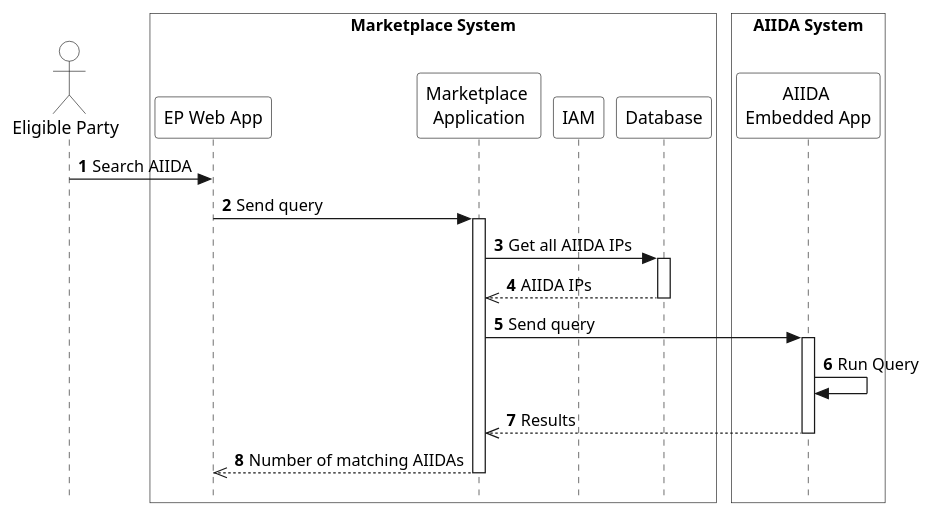
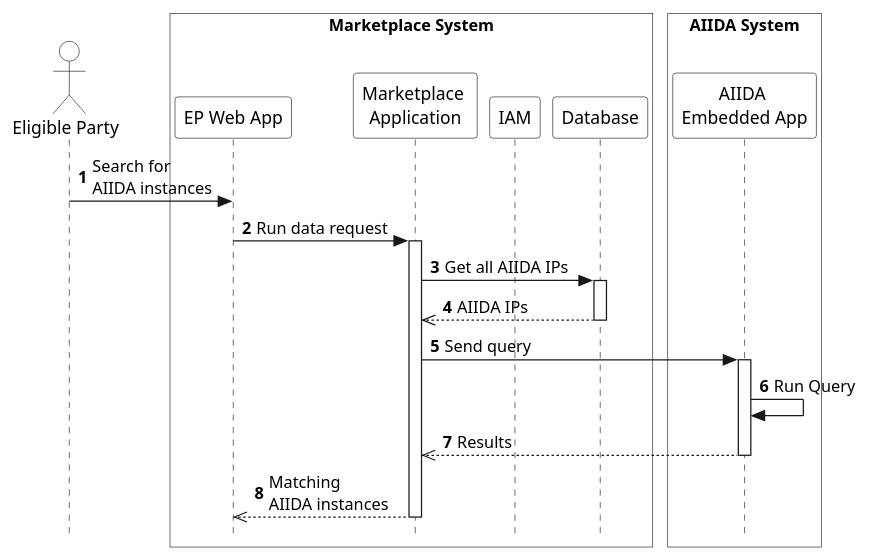
The diagram in arc42/marketplace/runtime-view/figures/marketplace-check-aiida.puml (eddie-energy/architecture), drawn with PlantUML before and after one commit. The commit also changed 4 other files, not shown here.

```diff
--- a/arc42/marketplace/runtime-view/figures/marketplace-check-aiida.puml
+++ b/arc42/marketplace/runtime-view/figures/marketplace-check-aiida.puml
@@ -1,44 +1,44 @@
 @startuml marketplace-check-aiida
 
 skinparam style strictuml
 skinparam sequence {
   ParticipantBackgroundColor transparent
   ActorBackgroundColor transparent
 }
 
 autonumber
 !pragma teoz true
 
 actor "Eligible Party" as ep
 box "Marketplace System" #transparent
   participant "EP Web App" as app
   participant "Marketplace \nApplication" as marketplace
   participant "IAM" as iam
   participant "Database" as database
 end box
 
 box "AIIDA System" #transparent
   participant "AIIDA \nEmbedded App" as aiida
 end box
 
-ep -> app : Search AIIDA
-app -> marketplace : Send query
+ep -> app : Search for \nAIIDA instances
+app -> marketplace : Run data request
 activate marketplace
 marketplace -> database : Get all AIIDA IPs
 activate database
 database -->> marketplace : AIIDA IPs
 deactivate database
 marketplace -> aiida : Send query
 activate aiida
 aiida -> aiida : Run Query
 aiida -->> marketplace : Results
 deactivate aiida
-marketplace -->> app : Number of matching AIIDAs
+marketplace -->> app : Matching \nAIIDA instances
 deactivate marketplace
 
 
 
 
 
 
 @enduml
```
